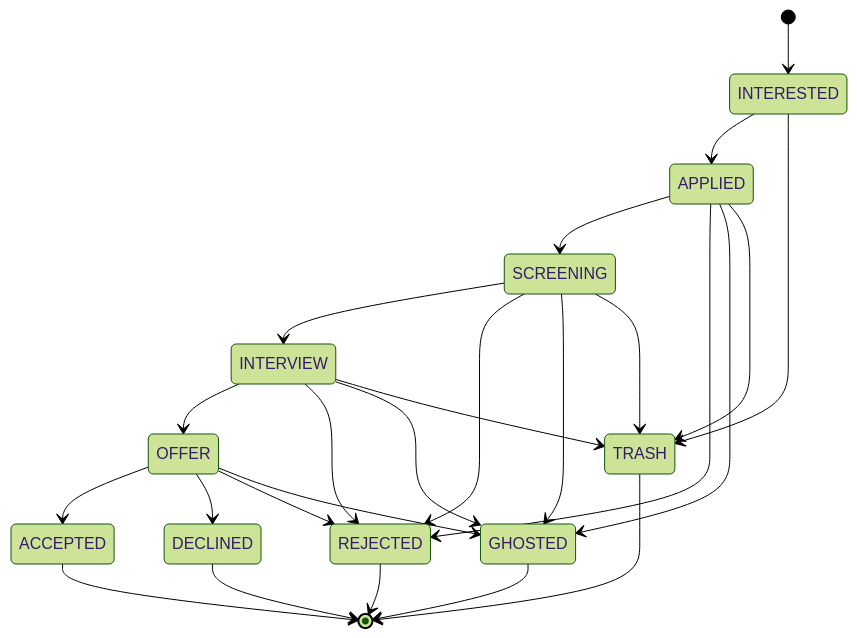
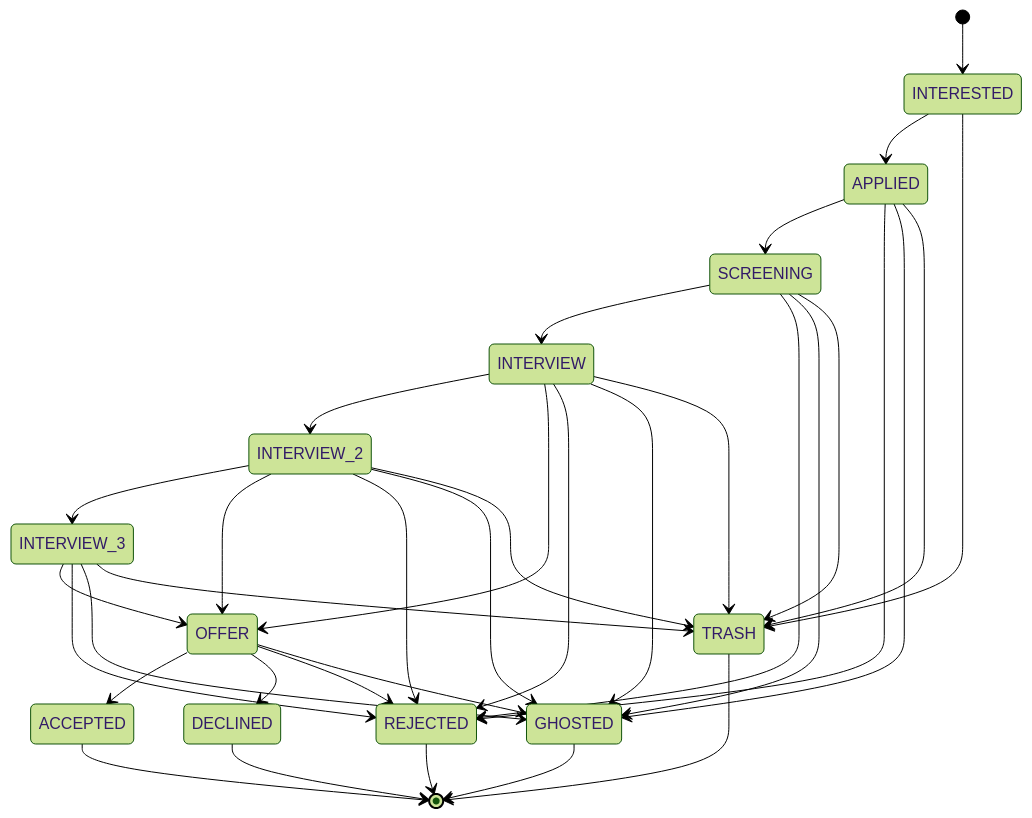
One commit to robstave/worksearch changed the diagram in README.md. Above: the diagram before and after it, drawn with Mermaid (forest theme). The commit also changed other lines of this file and 1 other file, not shown here.

````diff
--- a/README.md
+++ b/README.md
@@ -120,33 +106,45 @@
 ```mermaid
 stateDiagram-v2
     [*] --> INTERESTED
     
     INTERESTED --> APPLIED
     INTERESTED --> TRASH
     
     APPLIED --> SCREENING
     APPLIED --> REJECTED
     APPLIED --> GHOSTED
     APPLIED --> TRASH
     
     SCREENING --> INTERVIEW
     SCREENING --> REJECTED
     SCREENING --> GHOSTED
     SCREENING --> TRASH
     
+    INTERVIEW --> INTERVIEW_2
     INTERVIEW --> OFFER
     INTERVIEW --> REJECTED
     INTERVIEW --> GHOSTED
     INTERVIEW --> TRASH
+
+    INTERVIEW_2 --> INTERVIEW_3
+    INTERVIEW_2 --> OFFER
+    INTERVIEW_2 --> REJECTED
+    INTERVIEW_2 --> GHOSTED
+    INTERVIEW_2 --> TRASH
+
+    INTERVIEW_3 --> OFFER
+    INTERVIEW_3 --> REJECTED
+    INTERVIEW_3 --> GHOSTED
+    INTERVIEW_3 --> TRASH
     
     OFFER --> ACCEPTED
     OFFER --> DECLINED
     OFFER --> REJECTED
     OFFER --> GHOSTED
     
     ACCEPTED --> [*]
     DECLINED --> [*]
     REJECTED --> [*]
     GHOSTED --> [*]
     TRASH --> [*]
 ```
````
